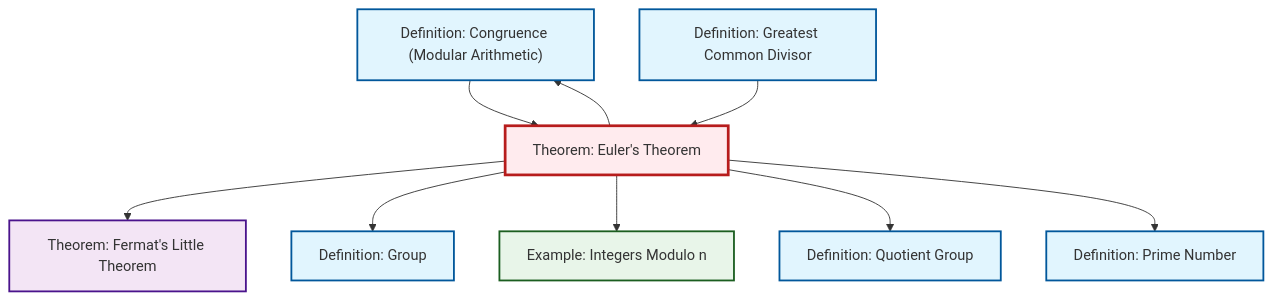
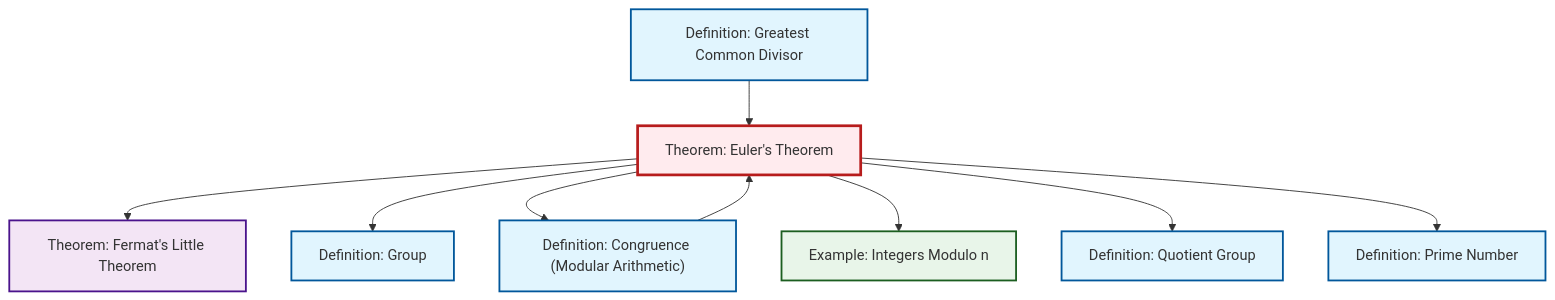
One commit to RK0429/ModernMath changed the diagram in content/ja/number-theory/thm-euler.qmd. Above: the diagram before and after it, drawn with Mermaid. The commit also changed other lines of this file and 634 other files, not shown here.

First line of the commit message:
feat: Add prime ideal definition with comprehensive cross-references

````diff
--- a/content/ja/number-theory/thm-euler.qmd
+++ b/content/ja/number-theory/thm-euler.qmd
@@ -53,33 +53,33 @@
 ```{mermaid}
 %%| fig-cap: "Local dependency graph"
 graph TD
     classDef definition fill:#e1f5fe,stroke:#01579b,stroke-width:2px
     classDef theorem fill:#f3e5f5,stroke:#4a148c,stroke-width:2px
     classDef axiom fill:#fff3e0,stroke:#e65100,stroke-width:2px
     classDef example fill:#e8f5e9,stroke:#1b5e20,stroke-width:2px
     classDef current fill:#ffebee,stroke:#b71c1c,stroke-width:3px
-    def-congruence["Definition: Congruence (Modular Arithmetic)"]:::definition
+    def-group["Definition: Group"]:::definition
     def-gcd["Definition: Greatest Common Divisor"]:::definition
-    def-prime["Definition: Prime Number"]:::definition
-    def-group["Definition: Group"]:::definition
-    def-quotient-group["Definition: Quotient Group"]:::definition
-    ex-quotient-integers-mod-n["Example: Integers Modulo n"]:::example
     thm-euler["Theorem: Euler's Theorem"]:::theorem
     thm-fermat-little["Theorem: Fermat's Little Theorem"]:::theorem
+    def-quotient-group["Definition: Quotient Group"]:::definition
+    def-congruence["Definition: Congruence (Modular Arithmetic)"]:::definition
+    ex-quotient-integers-mod-n["Example: Integers Modulo n"]:::example
+    def-prime["Definition: Prime Number"]:::definition
     thm-euler --> thm-fermat-little
-    def-congruence --> thm-euler
     thm-euler --> def-group
+    thm-euler --> def-congruence
     thm-euler --> ex-quotient-integers-mod-n
-    thm-euler --> def-congruence
+    def-gcd --> thm-euler
     thm-euler --> def-quotient-group
     thm-euler --> def-prime
-    def-gcd --> thm-euler
+    def-congruence --> thm-euler
     class thm-euler current
+    click def-group "def-group.html" "Definition: Groupへ"
+    click def-gcd "def-gcd.html" "Definition: Greatest Common Divisorへ"
+    click thm-fermat-little "thm-fermat-little.html" "Theorem: Fermat's Little Theoremへ"
+    click def-quotient-group "def-quotient-group.html" "Definition: Quotient Groupへ"
     click def-congruence "def-congruence.html" "Definition: Congruence (Modular Arithmetic)へ"
-    click def-gcd "def-gcd.html" "Definition: Greatest Common Divisorへ"
+    click ex-quotient-integers-mod-n "ex-quotient-integers-mod-n.html" "Example: Integers Modulo nへ"
     click def-prime "def-prime.html" "Definition: Prime Numberへ"
-    click def-group "def-group.html" "Definition: Groupへ"
-    click def-quotient-group "def-quotient-group.html" "Definition: Quotient Groupへ"
-    click ex-quotient-integers-mod-n "ex-quotient-integers-mod-n.html" "Example: Integers Modulo nへ"
-    click thm-fermat-little "thm-fermat-little.html" "Theorem: Fermat's Little Theoremへ"
 ```
````
